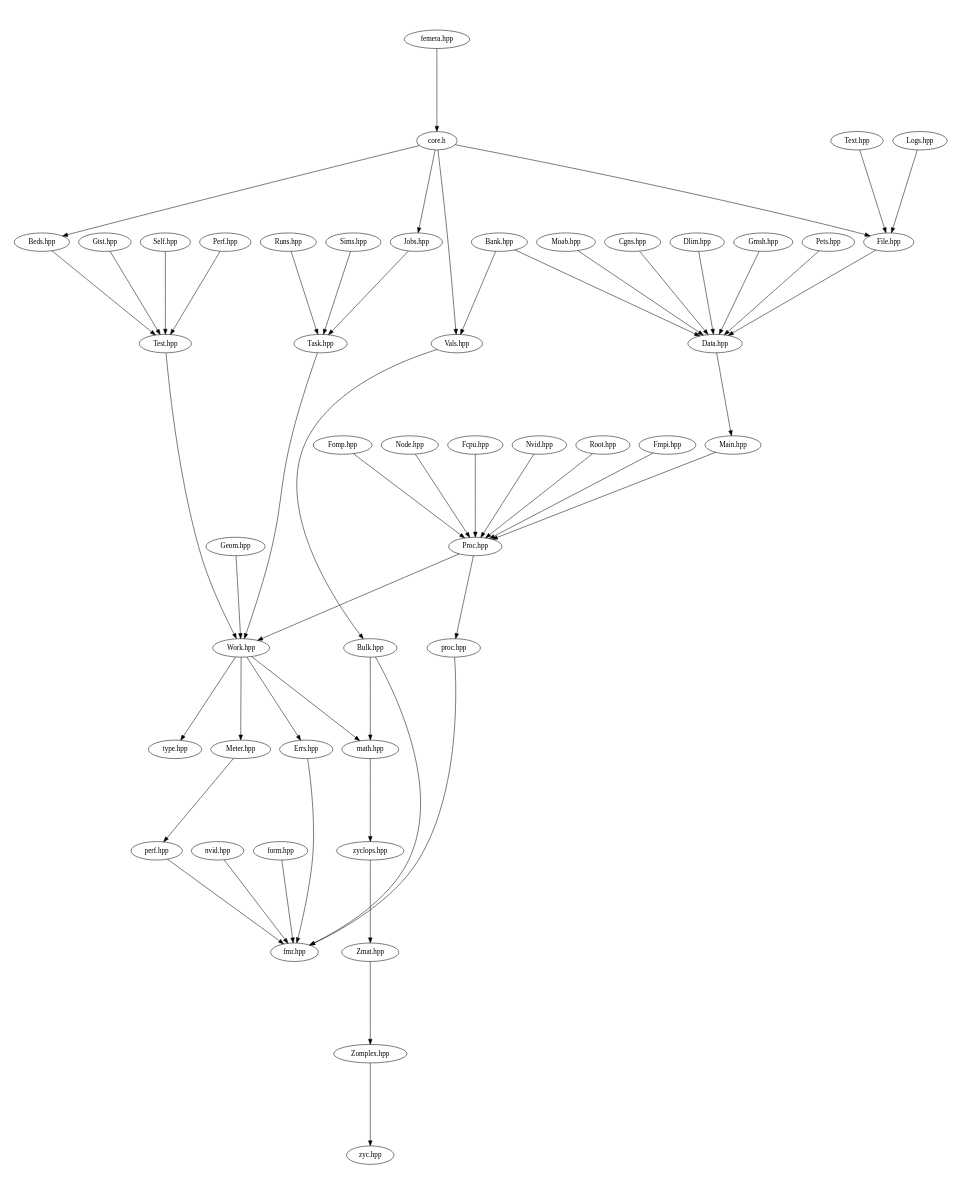
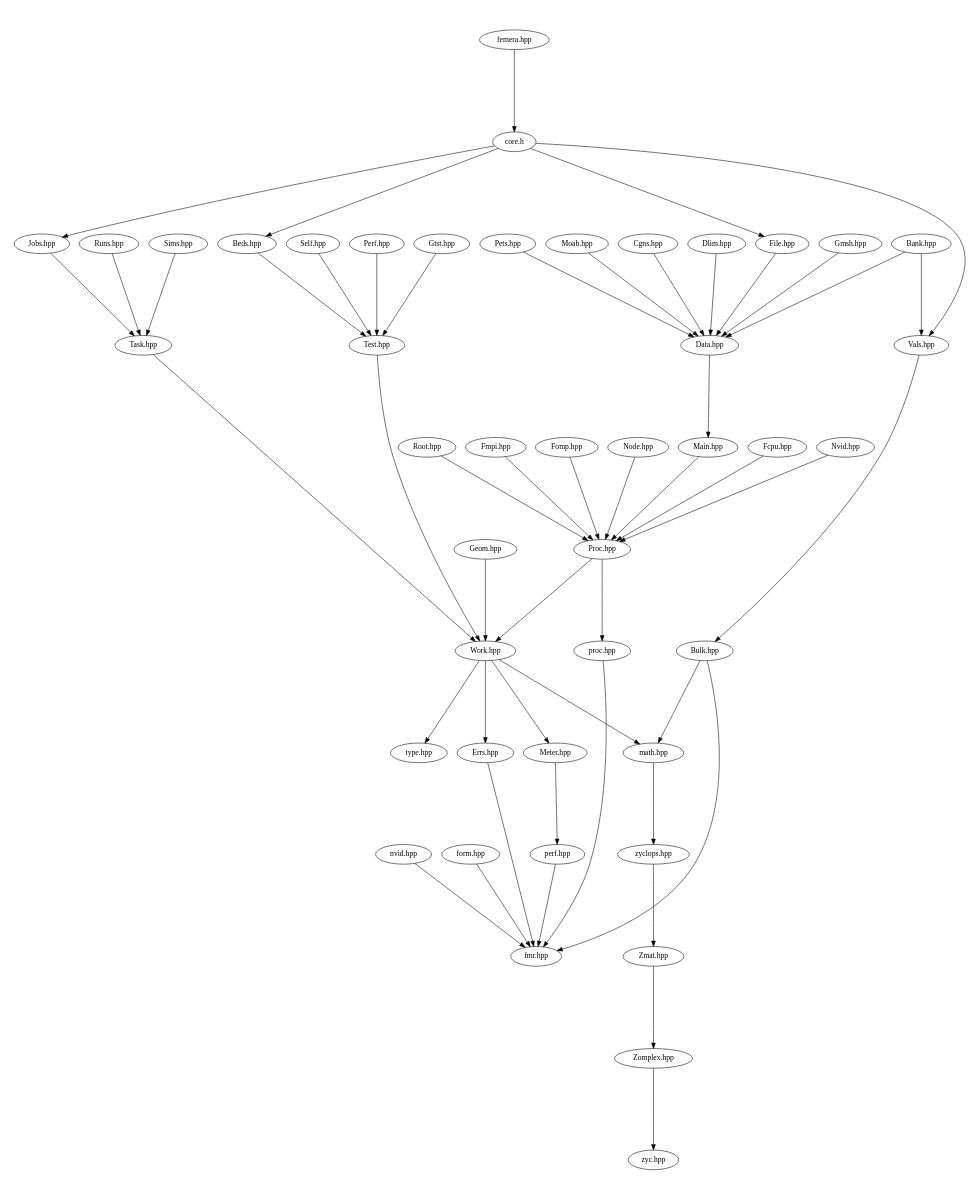
The diagram in src/docs/src-headers.dot (waggyz/femera-mini-app), drawn with Graphviz before and after one commit. The commit also changed 7 other files, not shown here.

```diff
--- a/src/docs/src-headers.dot
+++ b/src/docs/src-headers.dot
@@ -1,60 +1,58 @@
 digraph "source tree" {
     overlap=scale;
     size="8,10";
     ratio="fill";
     fontsize="16";
     fontname="Helvetica";
 	clusterrank="local";
 	"Zmat.hpp" -> "Zomplex.hpp"
 	"Meter.hpp" -> "perf.hpp"
 	"Work.hpp" -> "Errs.hpp"
 	"Proc.hpp" -> "proc.hpp"
 	"Nvid.hpp" -> "Proc.hpp"
 	"Root.hpp" -> "Proc.hpp"
 	"Perf.hpp" -> "Test.hpp"
 	"nvid.hpp" -> "fmr.hpp"
 	"perf.hpp" -> "fmr.hpp"
 	"Work.hpp" -> "math.hpp"
 	"Bulk.hpp" -> "math.hpp"
 	"Fmpi.hpp" -> "Proc.hpp"
 	"Test.hpp" -> "Work.hpp"
 	"Fomp.hpp" -> "Proc.hpp"
 	"Data.hpp" -> "Main.hpp"
 	"zyclops.hpp" -> "Zmat.hpp"
 	"core.h" -> "Beds.hpp"
 	"Errs.hpp" -> "fmr.hpp"
 	"Task.hpp" -> "Work.hpp"
 	"Gmsh.hpp" -> "Data.hpp"
 	"Node.hpp" -> "Proc.hpp"
 	"Geom.hpp" -> "Work.hpp"
 	"File.hpp" -> "Data.hpp"
 	"Vals.hpp" -> "Bulk.hpp"
 	"core.h" -> "Vals.hpp"
 	"Beds.hpp" -> "Test.hpp"
 	"form.hpp" -> "fmr.hpp"
 	"Gtst.hpp" -> "Test.hpp"
 	"Work.hpp" -> "Meter.hpp"
 	"Runs.hpp" -> "Task.hpp"
-	"Text.hpp" -> "File.hpp"
 	"proc.hpp" -> "fmr.hpp"
 	"math.hpp" -> "zyclops.hpp"
 	"Pets.hpp" -> "Data.hpp"
 	"Work.hpp" -> "type.hpp"
 	"Fcpu.hpp" -> "Proc.hpp"
 	"Moab.hpp" -> "Data.hpp"
 	"Cgns.hpp" -> "Data.hpp"
 	"core.h" -> "File.hpp"
 	"Bulk.hpp" -> "fmr.hpp"
 	"Self.hpp" -> "Test.hpp"
 	"core.h" -> "Jobs.hpp"
 	"Bank.hpp" -> "Vals.hpp"
 	"Zomplex.hpp" -> "zyc.hpp"
-	"Logs.hpp" -> "File.hpp"
 	"Proc.hpp" -> "Work.hpp"
 	"Sims.hpp" -> "Task.hpp"
 	"femera.hpp" -> "core.h"
 	"Bank.hpp" -> "Data.hpp"
 	"Dlim.hpp" -> "Data.hpp"
 	"Main.hpp" -> "Proc.hpp"
 	"Jobs.hpp" -> "Task.hpp"
 }
```
